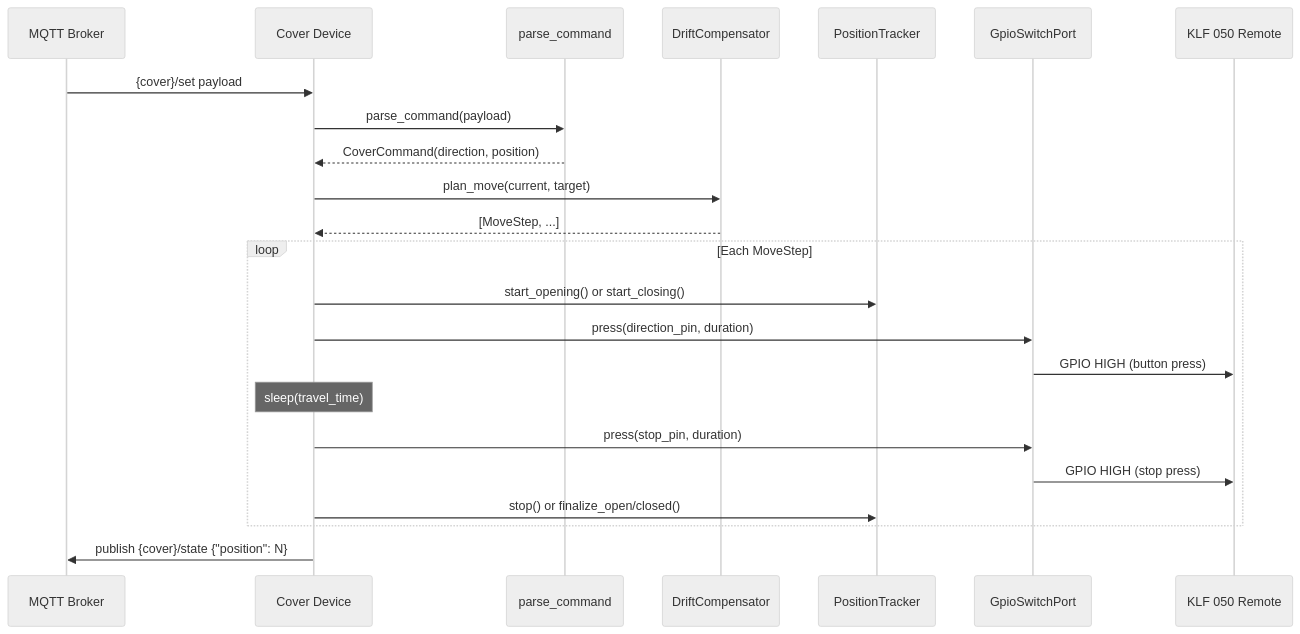
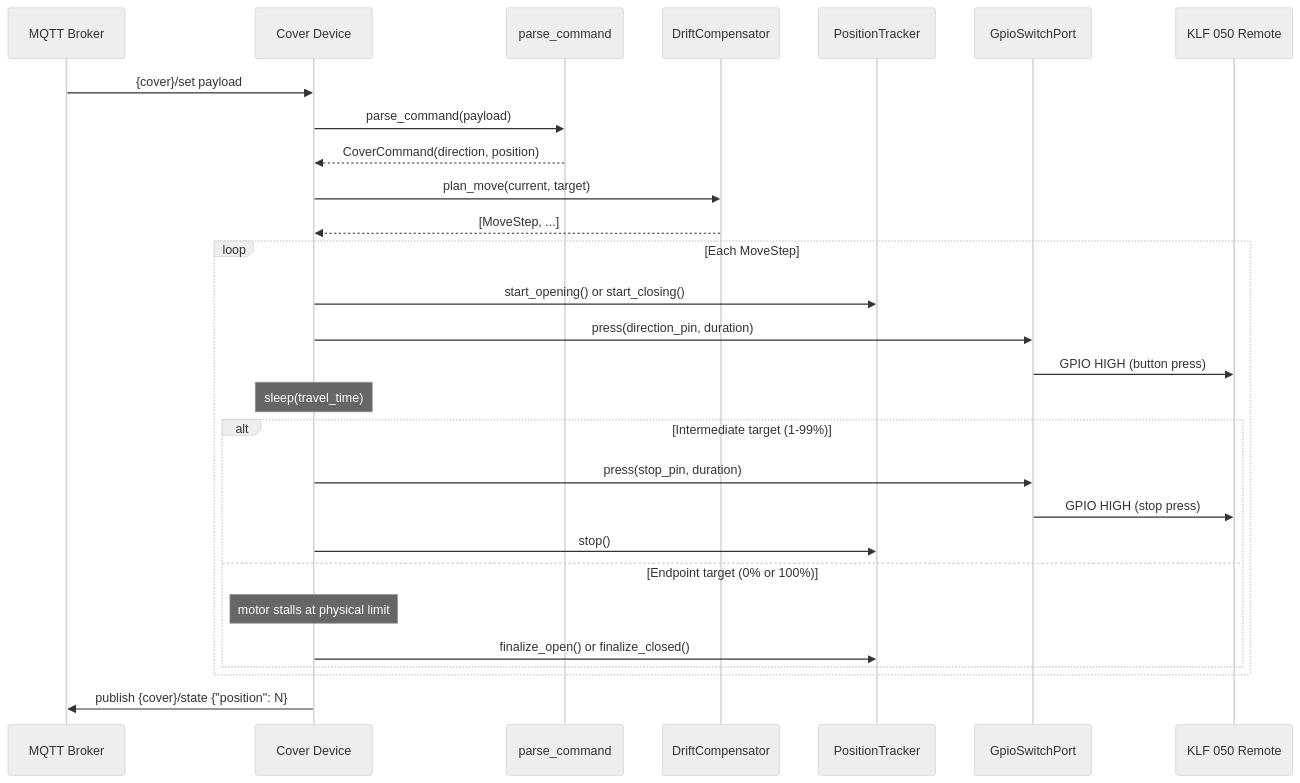
Before and after one commit to ff-fab/cosalette-apps: the second of 2 diagrams in apps/velux2mqtt/docs/architecture.md, drawn with Mermaid (neutral theme). The commit also changed other lines of this file and 2 other files, not shown here.

Commit message:
fix(velux2mqtt): skip STOP press for endpoint moves (#55)
* fix(velux2mqtt): skip STOP press for endpoint moves

- Skip GPIO stop-pin press when target is 0% or 100% (motor stalls at
  physical limit)
- Intermediate moves (1-99%) still press stop as before
- Shutdown-abort and homing stop presses unchanged (safety)
- Add tests for intermediate stop and endpoint travel timing
- Update architecture docs and module docstring to reflect new behavior

* test(velux2mqtt): strengthen recalibration and endpoint test assertions

- Add GPIO press assertion to test_recalibration_step_still_moves to
  prevent tautological pass on default tracker position
- Derive expected sleep from config constants instead of hard-coded 22.0
  in test_endpoint_close_waits_full_travel_without_stop
- Assert direction pin matches cover config

---------

````diff
--- a/apps/velux2mqtt/docs/architecture.md
+++ b/apps/velux2mqtt/docs/architecture.md
@@ -153,26 +153,31 @@
 ```mermaid
 sequenceDiagram
     participant M as MQTT Broker
     participant D as Cover Device
     participant CMD as parse_command
     participant DRF as DriftCompensator
     participant POS as PositionTracker
     participant G as GpioSwitchPort
     participant K as KLF 050 Remote
 
     M->>D: {cover}/set payload
     D->>CMD: parse_command(payload)
     CMD-->>D: CoverCommand(direction, position)
     D->>DRF: plan_move(current, target)
     DRF-->>D: [MoveStep, ...]
     loop Each MoveStep
         D->>POS: start_opening() or start_closing()
         D->>G: press(direction_pin, duration)
         G->>K: GPIO HIGH (button press)
         Note over D: sleep(travel_time)
-        D->>G: press(stop_pin, duration)
-        G->>K: GPIO HIGH (stop press)
-        D->>POS: stop() or finalize_open/closed()
+        alt Intermediate target (1-99%)
+            D->>G: press(stop_pin, duration)
+            G->>K: GPIO HIGH (stop press)
+            D->>POS: stop()
+        else Endpoint target (0% or 100%)
+            Note over D: motor stalls at physical limit
+            D->>POS: finalize_open() or finalize_closed()
+        end
     end
     D->>M: publish {cover}/state {"position": N}
 ```
````
